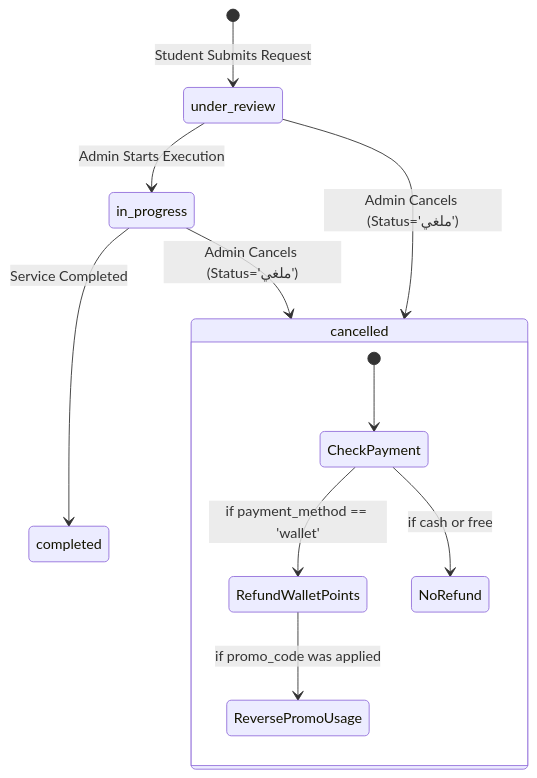
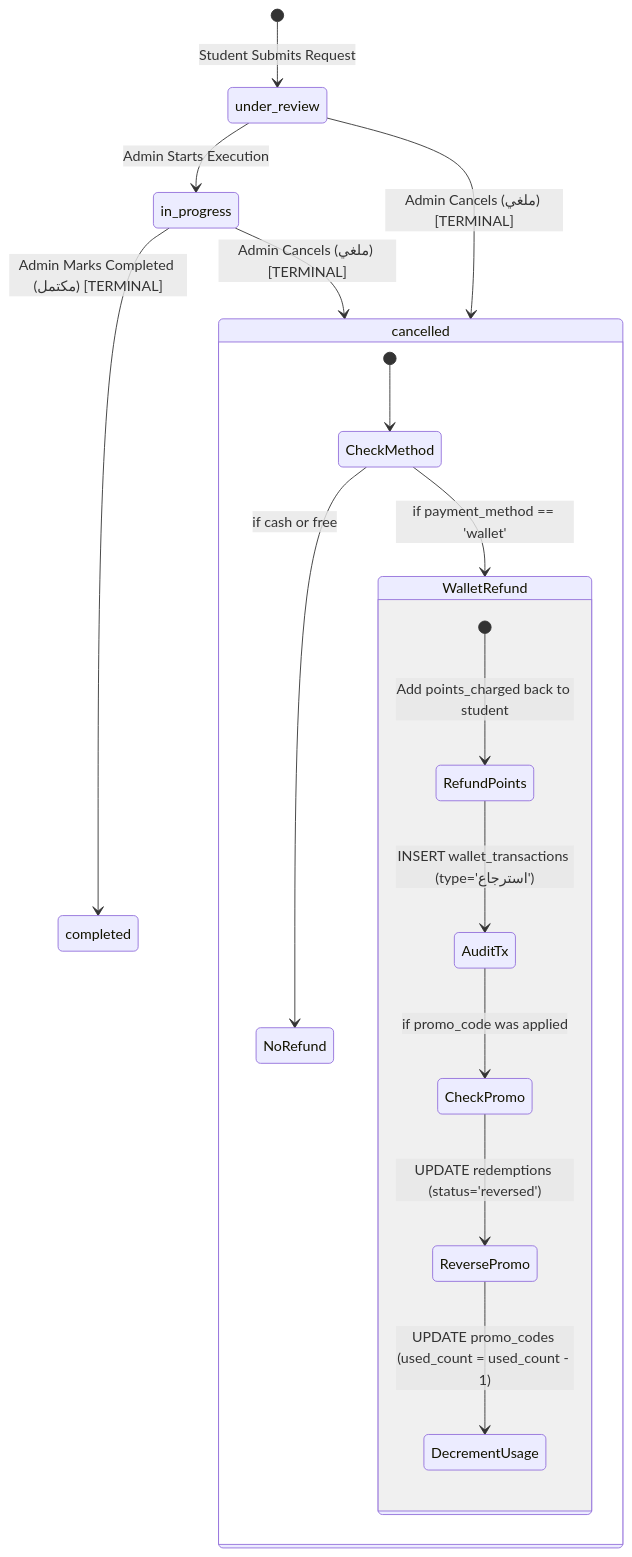
The diagram in docs/implementation_plan.md (mowaleed99/absher), drawn with Mermaid before and after one commit. The commit also changed other lines of this file, not shown here.

Commit message:
Complete Phase 6A Master Plan with approved Wallet-only and Cancellation policies

````diff
--- a/docs/implementation_plan.md
+++ b/docs/implementation_plan.md
@@ -320,15 +34,22 @@
 ```mermaid
 stateDiagram-v2
     [*] --> under_review: Student Submits Request
     under_review --> in_progress: Admin Starts Execution
-    in_progress --> completed: Service Completed
-    under_review --> cancelled: Admin Cancels (Status='ملغي')
-    in_progress --> cancelled: Admin Cancels (Status='ملغي')
+    in_progress --> completed: Admin Marks Completed (مكتمل) [TERMINAL]
+    under_review --> cancelled: Admin Cancels (ملغي) [TERMINAL]
+    in_progress --> cancelled: Admin Cancels (ملغي) [TERMINAL]
     
     state cancelled {
-        [*] --> CheckPayment
-        CheckPayment --> RefundWalletPoints: if payment_method == 'wallet'
-        RefundWalletPoints --> ReversePromoUsage: if promo_code was applied
-        CheckPayment --> NoRefund: if cash or free
+        [*] --> CheckMethod
+        CheckMethod --> WalletRefund: if payment_method == 'wallet'
+        CheckMethod --> NoRefund: if cash or free
+        
+        state WalletRefund {
+            [*] --> RefundPoints: Add points_charged back to student
+            RefundPoints --> AuditTx: INSERT wallet_transactions (type='استرجاع')
+            AuditTx --> CheckPromo: if promo_code was applied
+            CheckPromo --> ReversePromo: UPDATE redemptions (status='reversed')
+            ReversePromo --> DecrementUsage: UPDATE promo_codes (used_count = used_count - 1)
+        }
     }
 ```
````
